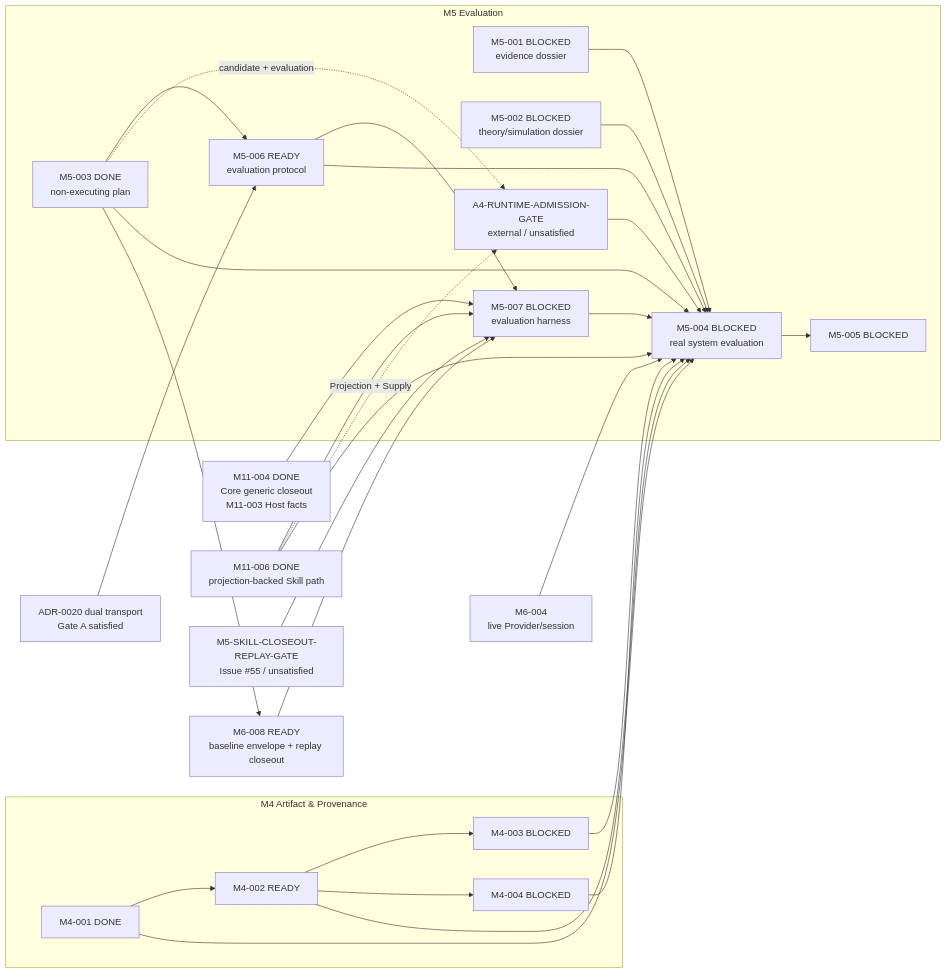
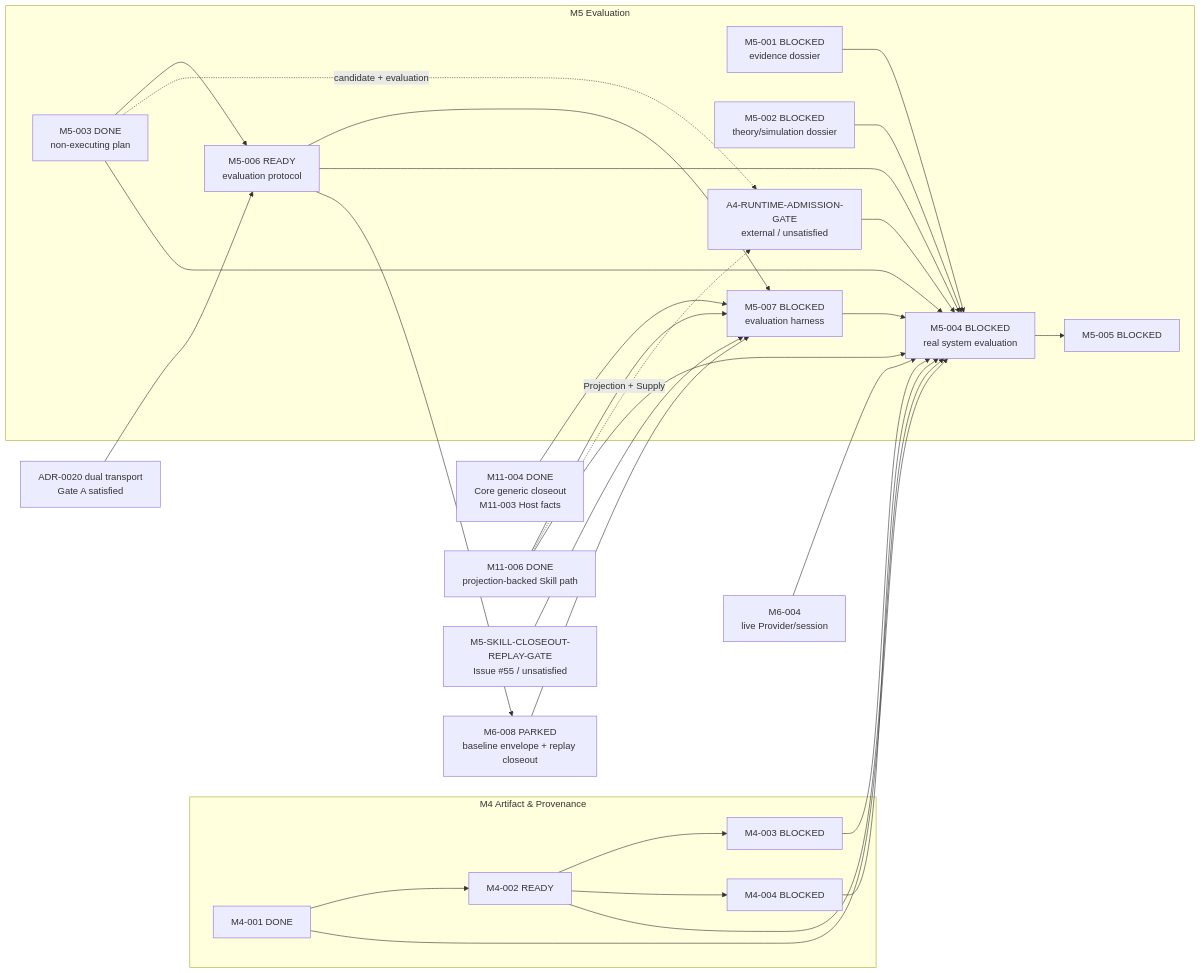
One commit to Chengyue-Lu/research-agent-workbench changed the third of 4 diagrams in docs/M_SERIES_IMPLEMENTATION_MAP.md. Above: the diagram before and after it, drawn with Mermaid. The commit also changed other lines of this file and 9 other files, not shown here.

````diff
--- a/docs/M_SERIES_IMPLEMENTATION_MAP.md
+++ b/docs/M_SERIES_IMPLEMENTATION_MAP.md
@@ -92,35 +92,35 @@
 ```mermaid
 flowchart LR
     subgraph M4["M4 Artifact & Provenance"]
         M4001["M4-001 DONE"] --> M4002["M4-002 READY"]
         M4002 --> M4003["M4-003 BLOCKED"]
         M4002 --> M4004["M4-004 BLOCKED"]
     end
 
     subgraph M5["M5 Evaluation"]
         M5001["M5-001 BLOCKED<br/>evidence dossier"] --> M5004["M5-004 BLOCKED<br/>real system evaluation"]
         M5002["M5-002 BLOCKED<br/>theory/simulation dossier"] --> M5004
         M5003["M5-003 DONE<br/>non-executing plan"] --> M5006["M5-006 READY<br/>evaluation protocol"]
         M5006 --> M5007["M5-007 BLOCKED<br/>evaluation harness"]
         M5003 -. "candidate + evaluation" .-> A4G["A4-RUNTIME-ADMISSION-GATE<br/>external / unsatisfied"]
         A4G --> M5004
         M5003 --> M5004
         M5006 --> M5004
         M5007 --> M5004
         M5004 --> M5005["M5-005 BLOCKED"]
     end
 
     M4001 --> M5004
     M4002 --> M5004
     M4003 --> M5004
     M4004 --> M5004
     BTG["ADR-0020 dual transport<br/>Gate A satisfied"] --> M5006
-    M5003 --> M6008
-    M6008["M6-008 READY<br/>baseline envelope + replay closeout"] --> M5007
+    M5006 --> M6008["M6-008 PARKED<br/>baseline envelope + replay closeout"]
+    M6008 --> M5007
     M1104["M11-004 DONE<br/>Core generic closeout<br/>M11-003 Host facts"] --> M5007
     M1106["M11-006 DONE<br/>projection-backed Skill path"] --> M5007
     SCG["M5-SKILL-CLOSEOUT-REPLAY-GATE<br/>Issue #55 / unsatisfied"] --> M5007
     M1106 -. "Projection + Supply" .-> A4G
     M1106 --> M5004
     M6004["M6-004<br/>live Provider/session"] --> M5004
 ```
````
